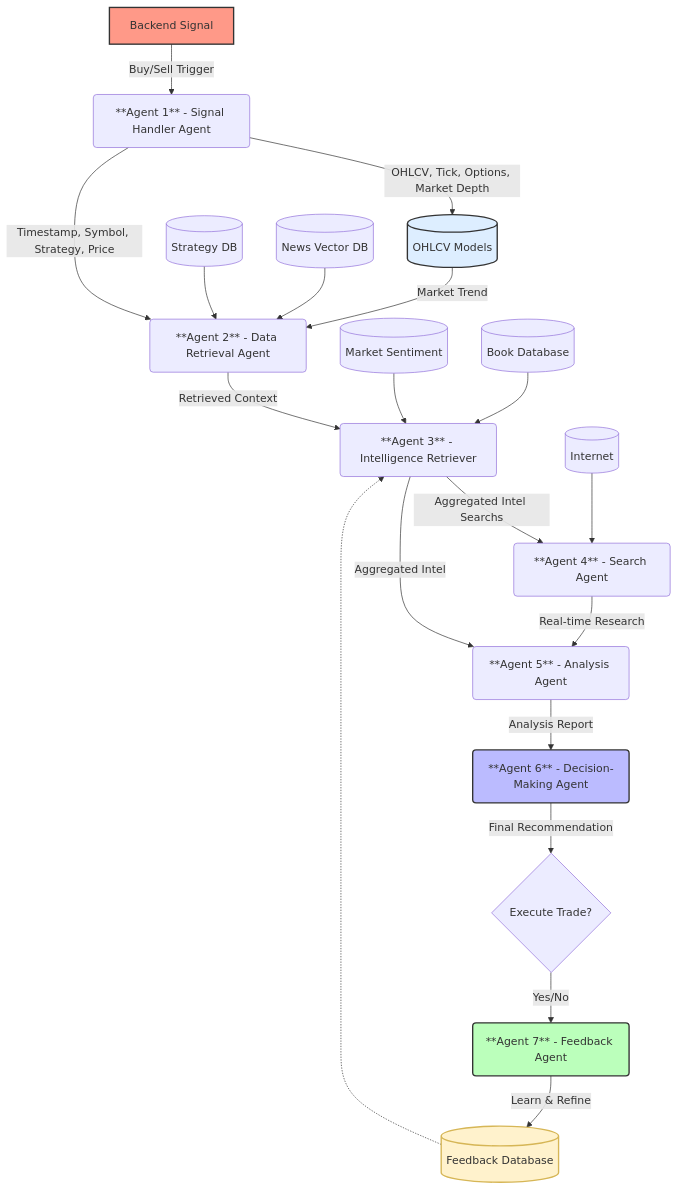
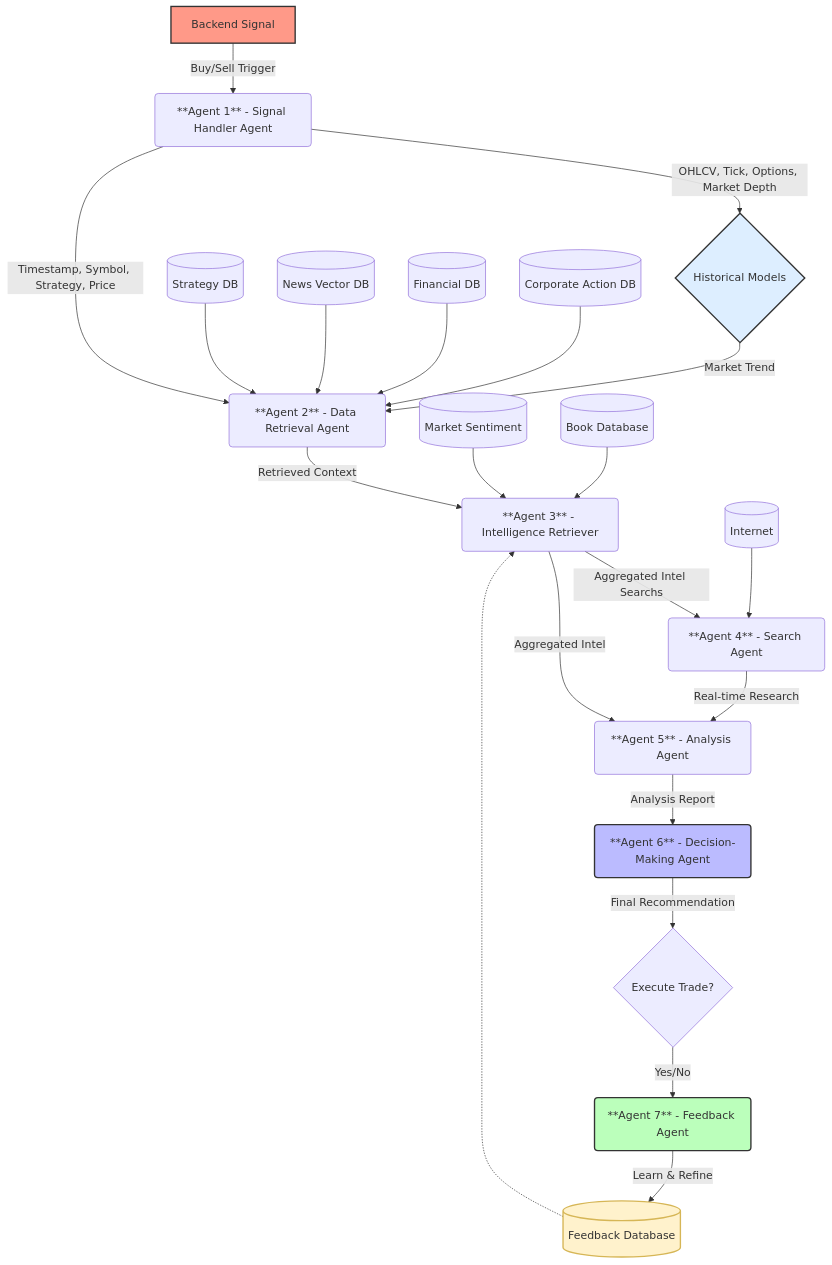
Before and after one commit to smartxalgo002-AI-ML/AI-Stretegy-builder: the diagram in signal-agent-workflow/version-2.md, drawn with Mermaid.

````diff
--- a/signal-agent-workflow/version-2.md
+++ b/signal-agent-workflow/version-2.md
@@ -1,42 +1,44 @@
 ```mermaid
 graph TD
     A[Backend Signal] -->|Buy/Sell Trigger| B(**Agent 1** - Signal Handler Agent)
     
     %% Updated Data Flow from Agent 1
-    B -->|OHLCV, Tick, Options, Market Depth| G[(OHLCV Models)]
+    B -->|OHLCV, Tick, Options, Market Depth| G{Historical Models}
     
     %% Specific Context Transfer
     B -->|Timestamp, Symbol, Strategy, Price| C(**Agent 2** - Data Retrieval Agent)
     
-    %% Agent 2 Sources
+    %% Agent 2 Expanded Sources
     DB1[(Strategy DB)] --> C
     DB2[(News Vector DB)] --> C
+    DB3[(Financial DB)] --> C
+    DB4[(Corporate Action DB)] --> C
     G -->|Market Trend| C
 
     %% Agent 3 Central Intelligence
     C -->|Retrieved Context| D(**Agent 3** - Intelligence Retriever)
     E[(Market Sentiment)] --> D
     F[(Book Database)] --> D
 
     %% Agent 4 & Internet
     D -->|Aggregated Intel Searchs| L(**Agent 4** - Search Agent)
     M[(Internet)] --> L
     L -->|Real-time Research| H(**Agent 5** - Analysis Agent)
     D -->|Aggregated Intel| H
 
     %% Final Decision Path
     H -->|Analysis Report| I(**Agent 6** - Decision-Making Agent)
     I -->|Final Recommendation| J{Execute Trade?}
 
     %% Feedback Loop
     J -->|Yes/No| K(**Agent 7** - Feedback Agent)
     K -->|Learn & Refine| FB[(Feedback Database)]
     FB -.-> D
 
     %% Styling
     style A fill:#f98,stroke:#333,stroke-width:2px
     style I fill:#bbf,stroke:#333,stroke-width:2px
     style K fill:#bfb,stroke:#333,stroke-width:2px
     style FB fill:#fff2cc,stroke:#d6b656,stroke-width:2px
     style G fill:#def,stroke:#333,stroke-width:2px
 ```
````
